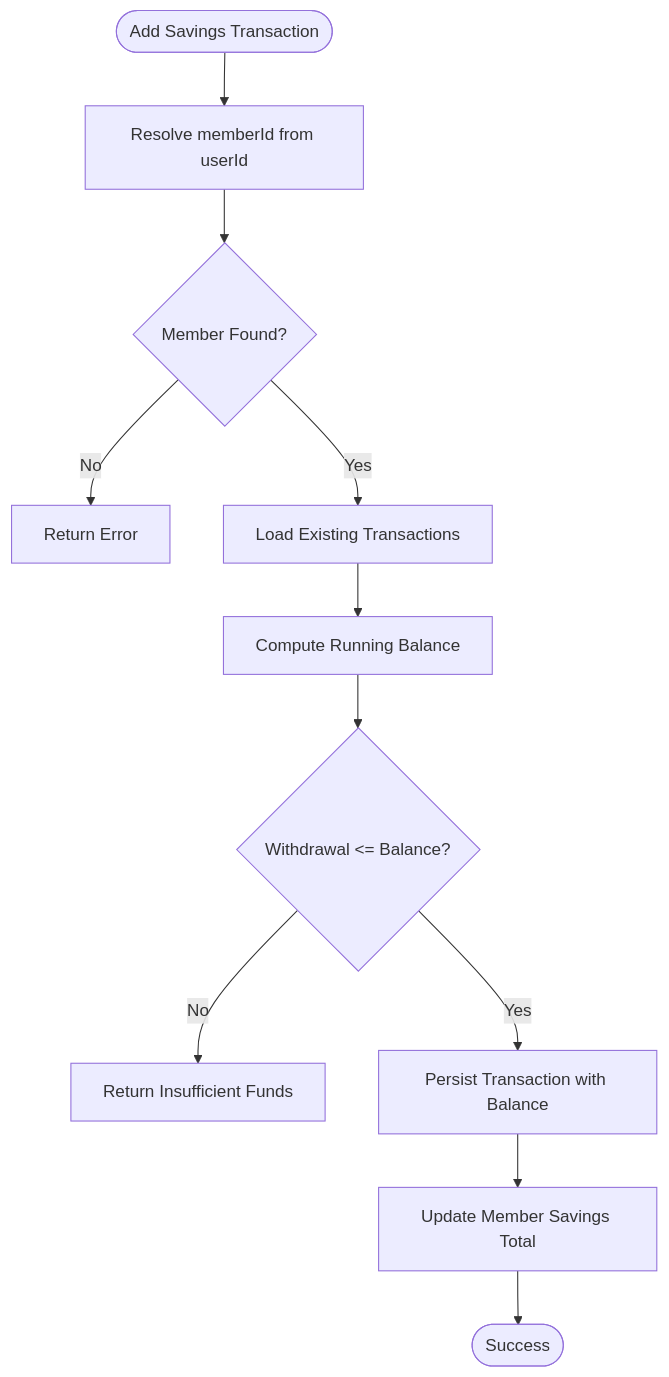
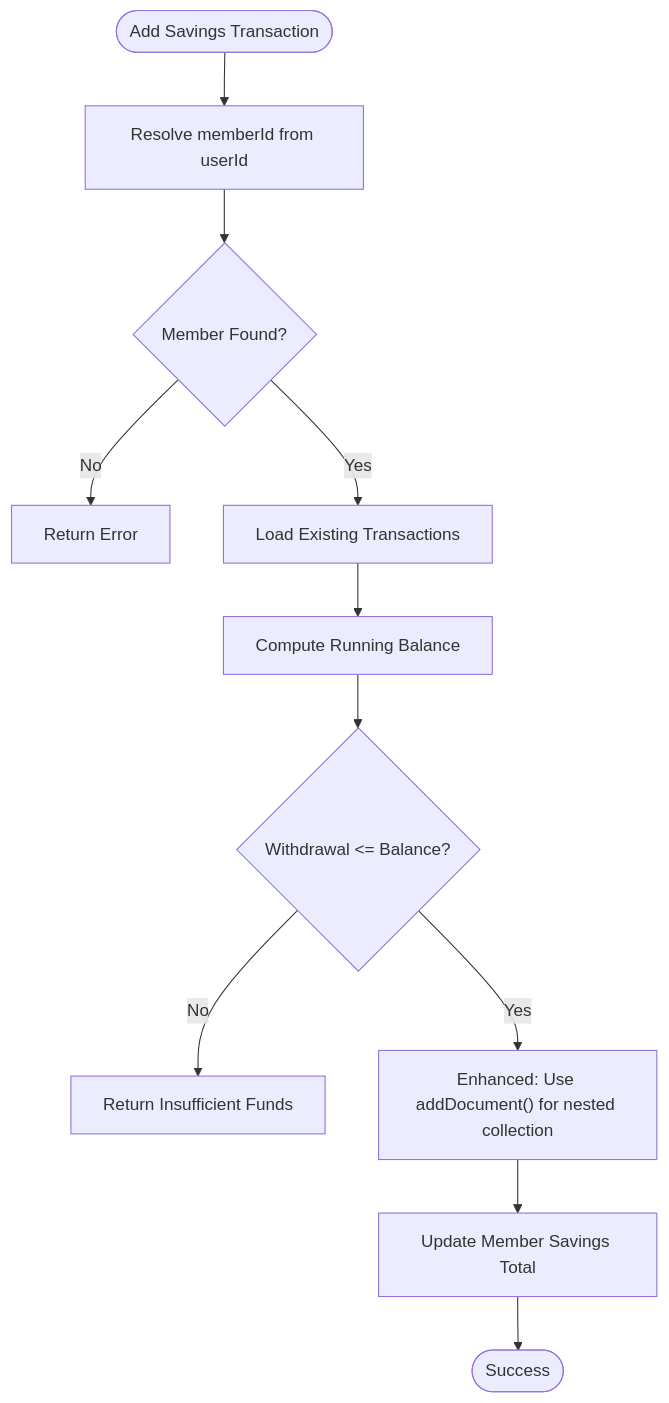
The third of 5 diagrams in .qoder/repowiki/en/content/Database Design & Data Models/Database Design & Data Models.md (Unsure-bry/sampacoop_system), drawn with Mermaid before and after one commit. The commit also changed other lines of this file and 4 other files, not shown here.

````diff
--- a/.qoder/repowiki/en/content/Database Design & Data Models/Database Design & Data Models.md
+++ b/.qoder/repowiki/en/content/Database Design & Data Models/Database Design & Data Models.md
@@ -239,13 +253,13 @@
 ```mermaid
 flowchart TD
 Start(["Add Savings Transaction"]) --> GetMember["Resolve memberId from userId"]
 GetMember --> Exists{"Member Found?"}
 Exists -- No --> Error["Return Error"]
 Exists -- Yes --> LoadTx["Load Existing Transactions"]
 LoadTx --> Calc["Compute Running Balance"]
 Calc --> Validate{"Withdrawal <= Balance?"}
 Validate -- No --> Insuf["Return Insufficient Funds"]
-Validate -- Yes --> SaveTx["Persist Transaction with Balance"]
+Validate -- Yes --> SaveTx["Enhanced: Use addDocument() for nested collection"]
 SaveTx --> UpdateMember["Update Member Savings Total"]
 UpdateMember --> Done(["Success"])
 ```
````
